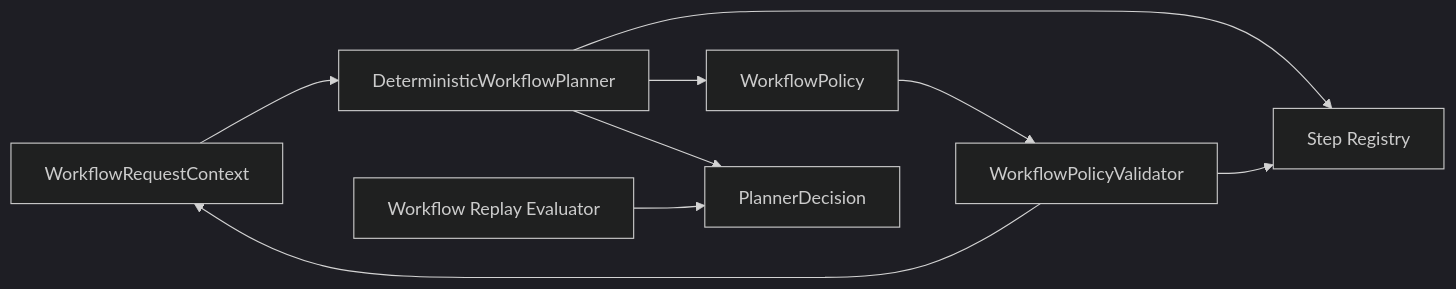
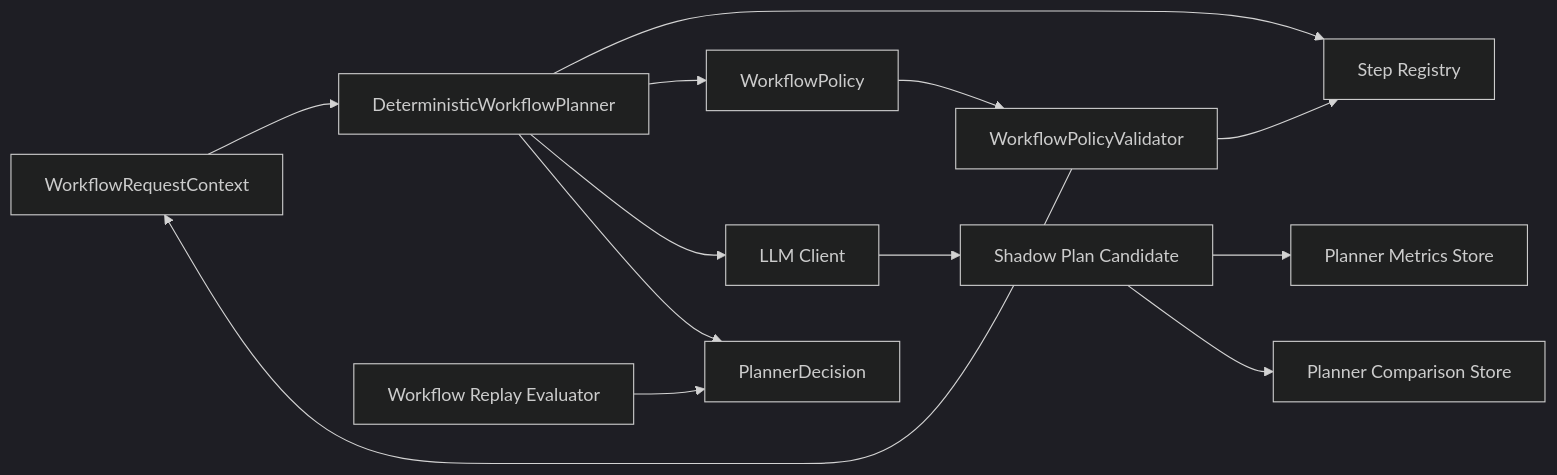
Diagram 14 of 14 in .qoder/repowiki/en/content/Workflow System/Workflow System.md (intellistream/sage-mate), drawn with Mermaid (dark theme) before and after one commit. The commit also changed other lines of this file and 60 other files, not shown here.

````diff
--- a/.qoder/repowiki/en/content/Workflow System/Workflow System.md
+++ b/.qoder/repowiki/en/content/Workflow System/Workflow System.md
@@ -363,11 +615,15 @@
 ```mermaid
 graph LR
 CTX["WorkflowRequestContext"] --> PLAN["DeterministicWorkflowPlanner"]
 PLAN --> REG["Step Registry"]
 PLAN --> POL["WorkflowPolicy"]
+PLAN --> LLM["LLM Client"]
 PLAN --> DEC["PlannerDecision"]
 POL --> VAL["WorkflowPolicyValidator"]
 VAL --> REG
 VAL --> CTX
+LLM --> SHADOW["Shadow Plan Candidate"]
+SHADOW --> METRICS["Planner Metrics Store"]
+SHADOW --> COMPARE["Planner Comparison Store"]
 EVAL["Workflow Replay Evaluator"] --> DEC
 ```
````
